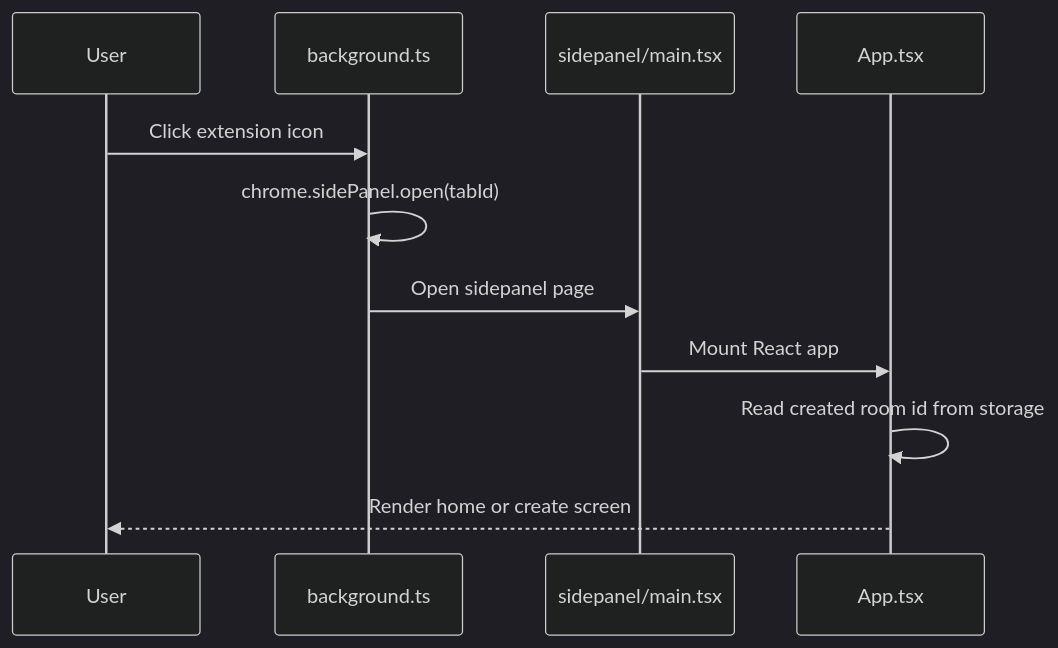
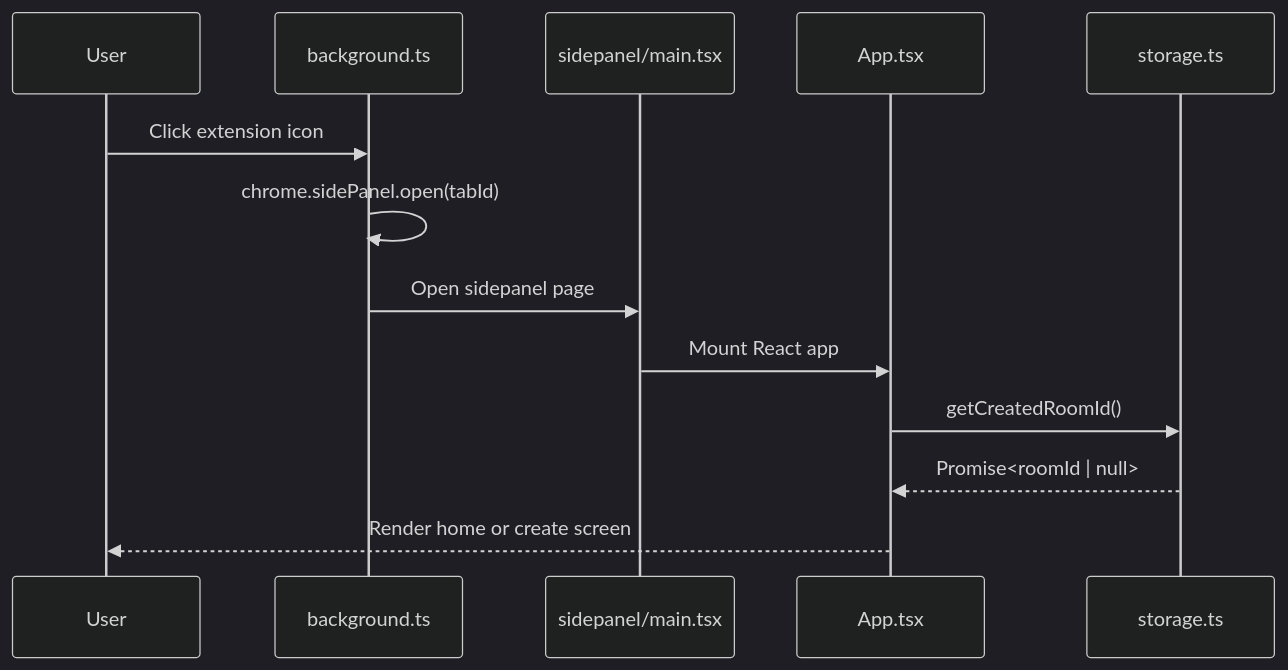
Before and after one commit to crccc/webrtc-chat: the third of 8 diagrams in docs/architecture.md, drawn with Mermaid (dark theme). The commit also changed other lines of this file and 28 other files, not shown here.

````diff
--- a/docs/architecture.md
+++ b/docs/architecture.md
@@ -133,14 +151,16 @@
 ```mermaid
 sequenceDiagram
   participant U as User
   participant BG as background.ts
   participant SP as sidepanel/main.tsx
   participant App as App.tsx
+  participant Store as storage.ts
 
   U->>BG: Click extension icon
   BG->>BG: chrome.sidePanel.open(tabId)
   BG->>SP: Open sidepanel page
   SP->>App: Mount React app
-  App->>App: Read created room id from storage
+  App->>Store: getCreatedRoomId()
+  Store-->>App: Promise<roomId | null>
   App-->>U: Render home or create screen
 ```
````
